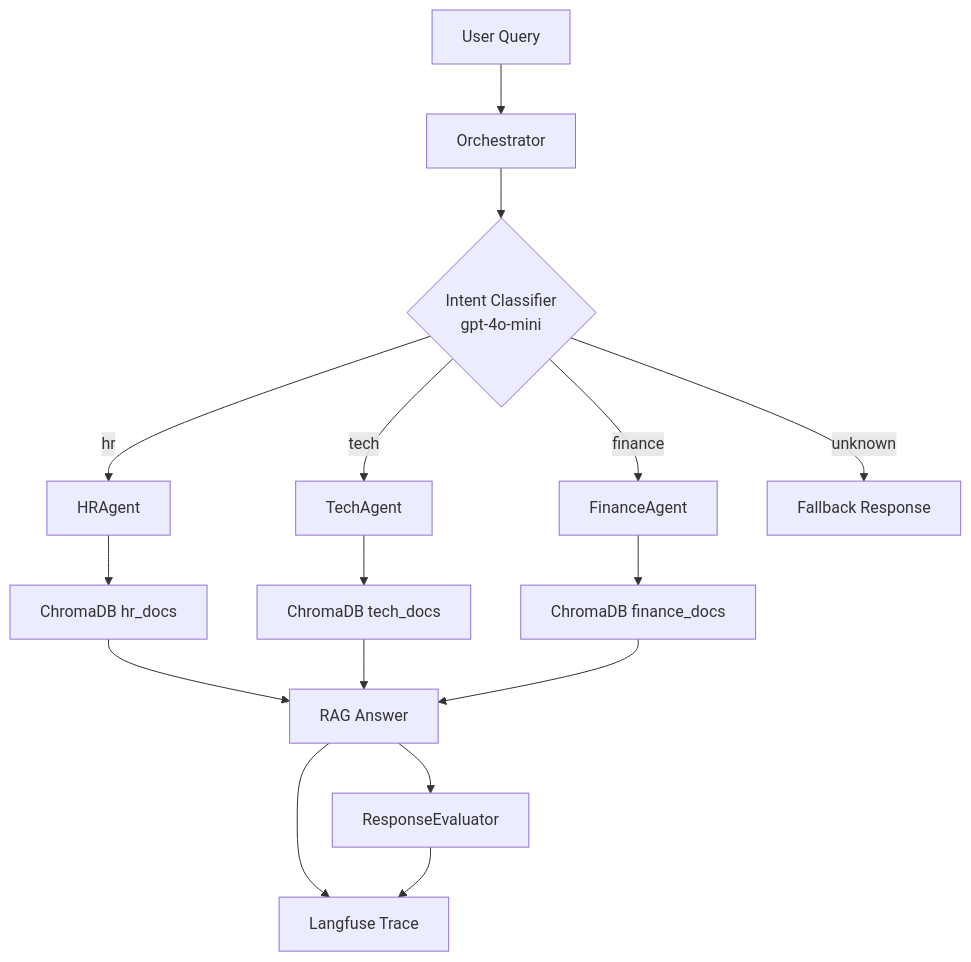
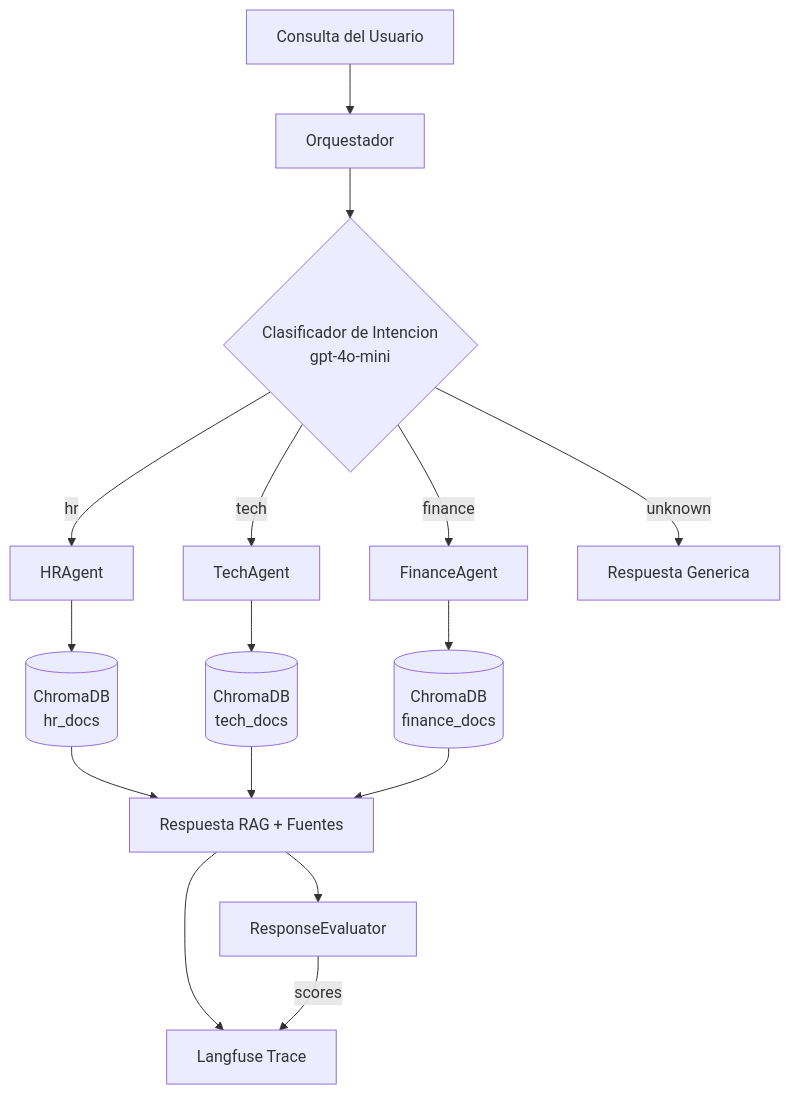
Before and after one commit to ludwingra/multi-agent-rag: the diagram in README.md, drawn with Mermaid. The commit also changed other lines of this file and 6 other files, not shown here.

````diff
--- a/README.md
+++ b/README.md
@@ -50,18 +86,18 @@
 ```mermaid
 graph TD
-    A[User Query] --> B[Orchestrator]
-    B --> C{Intent Classifier\ngpt-4o-mini}
+    A[Consulta del Usuario] --> B[Orquestador]
+    B --> C{Clasificador de Intencion<br/>gpt-4o-mini}
     C -->|hr| D[HRAgent]
     C -->|tech| E[TechAgent]
     C -->|finance| F[FinanceAgent]
-    C -->|unknown| G[Fallback Response]
-    D --> H[ChromaDB hr_docs]
-    E --> I[ChromaDB tech_docs]
-    F --> J[ChromaDB finance_docs]
-    H --> K[RAG Answer]
+    C -->|unknown| G[Respuesta Generica]
+    D --> H[(ChromaDB<br/>hr_docs)]
+    E --> I[(ChromaDB<br/>tech_docs)]
+    F --> J[(ChromaDB<br/>finance_docs)]
+    H --> K[Respuesta RAG + Fuentes]
     I --> K
     J --> K
     K --> L[Langfuse Trace]
     K --> M[ResponseEvaluator]
-    M --> L
+    M -->|scores| L
 ```
````
